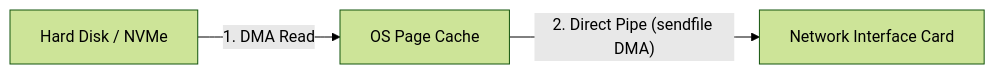
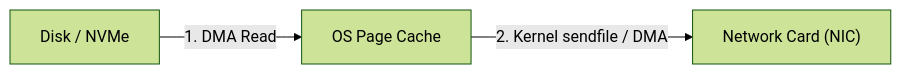
One commit to ravishankar2463/java_hub changed the fifth of 5 diagrams in content/roadmap/level-2/io-and-nio2.md. Above: the diagram before and after it, drawn with Mermaid (forest theme). The commit also changed other lines of this file and 119 other files, not shown here.

Commit message:
feat: add comprehensive java learning roadmap content across multiple levels

````diff
--- a/content/roadmap/level-2/io-and-nio2.md
+++ b/content/roadmap/level-2/io-and-nio2.md
@@ -215,5 +336,5 @@
 ```mermaid
 flowchart LR
-    Disk["Hard Disk / NVMe"] -->|"1. DMA Read"| OSPage["OS Page Cache"]
-    OSPage -->|"2. Direct Pipe (sendfile DMA)"| NIC["Network Interface Card"]
+    Disk["Disk / NVMe"] -->|"1. DMA Read"| OSPage["OS Page Cache"]
+    OSPage -->|"2. Kernel sendfile / DMA"| NIC["Network Card (NIC)"]
 ```
````
